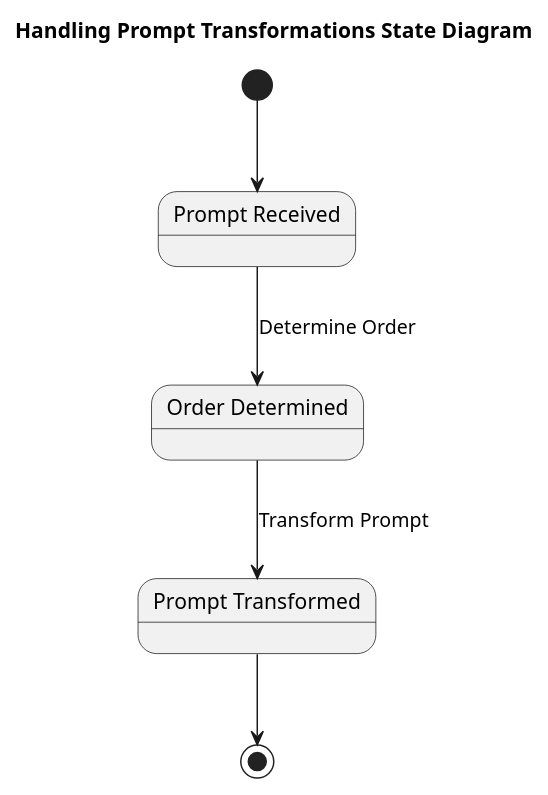
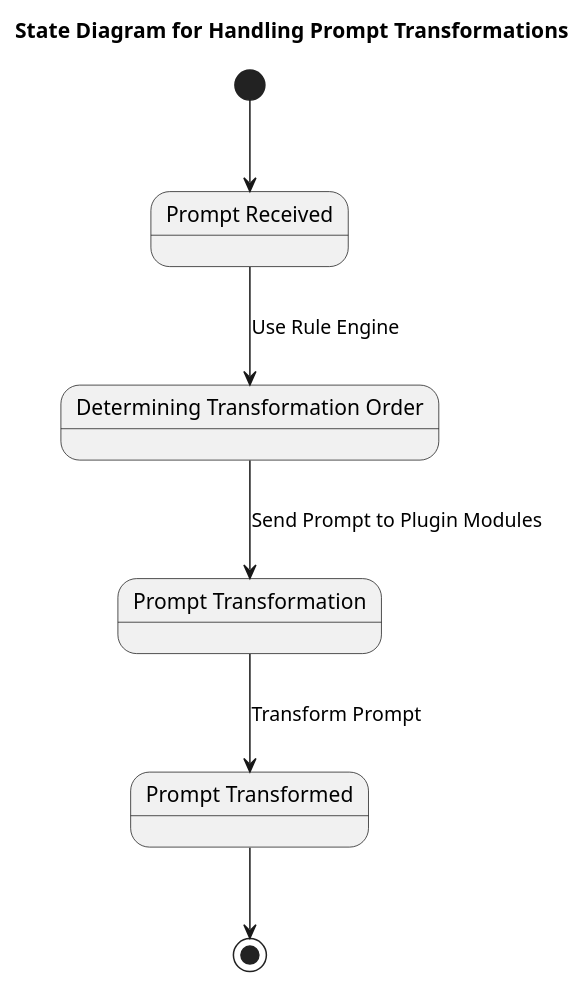
One commit to o2alexanderfedin/AI-demos changed the tenth of 21 diagrams in Design_Document_Prompt_Gateway_RESTful_API_LLM.md. Above: the diagram before and after it, drawn with PlantUML. The commit also changed other lines of this file, not shown here.

````diff
--- a/Design_Document_Prompt_Gateway_RESTful_API_LLM.md
+++ b/Design_Document_Prompt_Gateway_RESTful_API_LLM.md
@@ -321,15 +361,17 @@
 ```plantuml
 @startuml
-title Handling Prompt Transformations State Diagram
+title State Diagram for Handling Prompt Transformations
 
 state "Prompt Received" as A
-state "Order Determined" as B
-state "Prompt Transformed" as C
+state "Determining Transformation Order" as B
+state "Prompt Transformation" as C
+state "Prompt Transformed" as D
 
 [*] --> A
-A --> B : Determine Order
-B --> C : Transform Prompt
-C --> [*]
+A --> B : Use Rule Engine
+B --> C : Send Prompt to Plugin Modules
+C --> D : Transform Prompt
+D --> [*]
 
 @enduml
 ```
````
